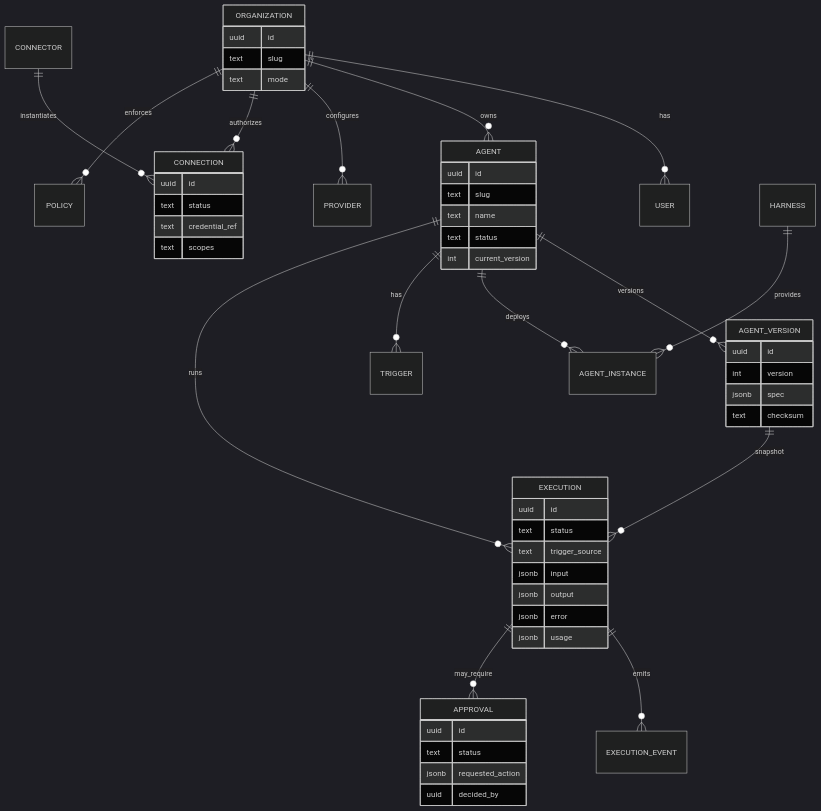
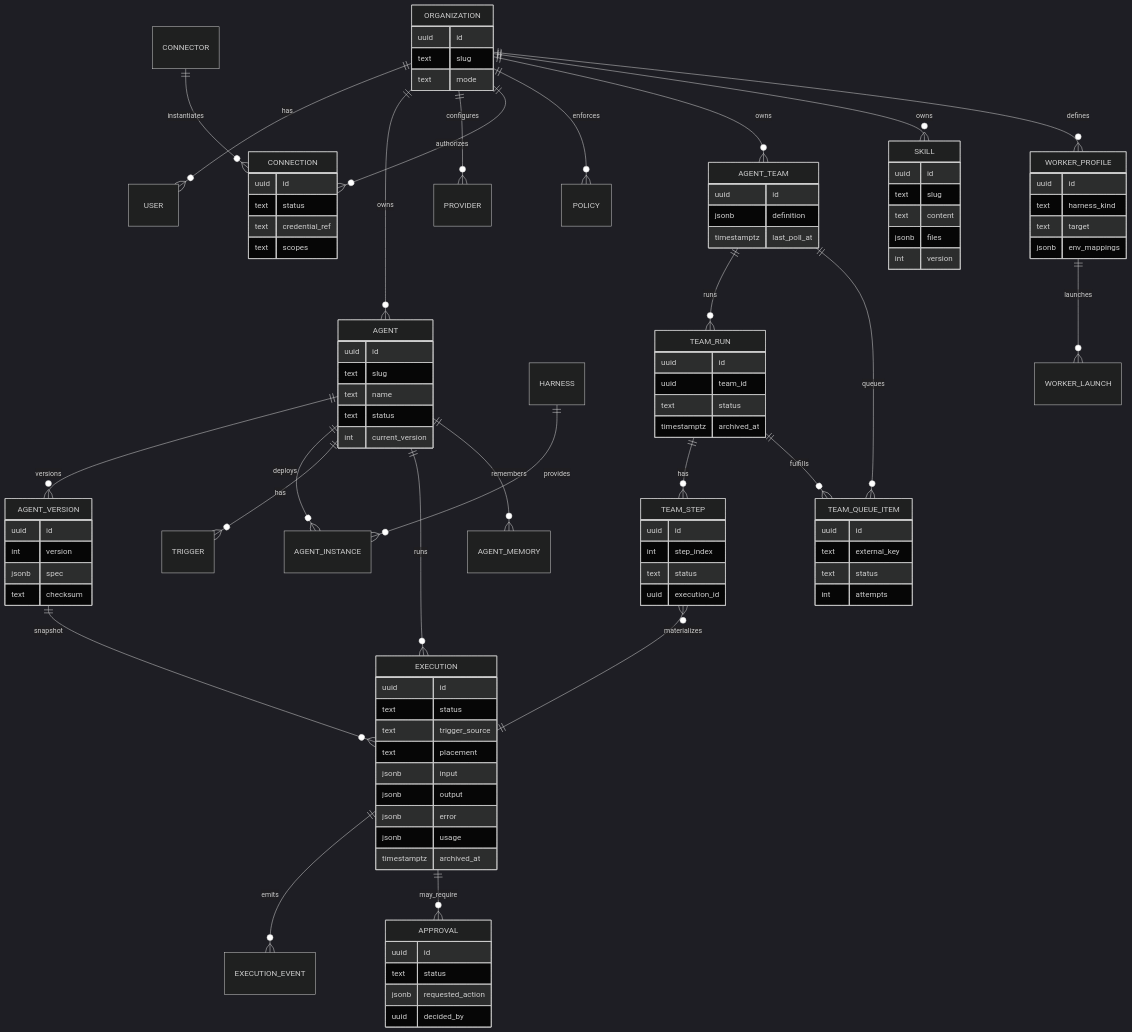
Before and after one commit to mikemikimike/orbit: the fourth of 5 diagrams in docs/architecture/diagram.md, drawn with Mermaid (dark theme). The commit also changed other lines of this file and 19 other files, not shown here.

Commit message:
docs: audit all docs against code; fix chart defaults, OIDC settings wiring, env/route/schema accuracy

````diff
--- a/docs/architecture/diagram.md
+++ b/docs/architecture/diagram.md
@@ -152,6 +152,17 @@
 
   EXECUTION ||--o{ EXECUTION_EVENT : emits
   EXECUTION ||--o{ APPROVAL : may_require
+
+  ORGANIZATION ||--o{ AGENT_TEAM : owns
+  AGENT_TEAM ||--o{ TEAM_RUN : runs
+  TEAM_RUN ||--o{ TEAM_STEP : has
+  AGENT_TEAM ||--o{ TEAM_QUEUE_ITEM : queues
+  TEAM_RUN ||--o{ TEAM_QUEUE_ITEM : fulfills
+  TEAM_STEP }o--|| EXECUTION : materializes
+  ORGANIZATION ||--o{ SKILL : owns
+  ORGANIZATION ||--o{ WORKER_PROFILE : defines
+  WORKER_PROFILE ||--o{ WORKER_LAUNCH : launches
+  AGENT ||--o{ AGENT_MEMORY : remembers
 
   ORGANIZATION {
     uuid id
@@ -175,10 +186,12 @@
     uuid id
     text status
     text trigger_source
+    text placement
     jsonb input
     jsonb output
     jsonb error
     jsonb usage
+    timestamptz archived_at
   }
   APPROVAL {
     uuid id
@@ -192,4 +205,40 @@
     text credential_ref
     text scopes
   }
+  AGENT_TEAM {
+    uuid id
+    jsonb definition
+    timestamptz last_poll_at
+  }
+  TEAM_RUN {
+    uuid id
+    uuid team_id
+    text status
+    timestamptz archived_at
+  }
+  TEAM_STEP {
+    uuid id
+    int step_index
+    text status
+    uuid execution_id
+  }
+  TEAM_QUEUE_ITEM {
+    uuid id
+    text external_key
+    text status
+    int attempts
+  }
+  SKILL {
+    uuid id
+    text slug
+    text content
+    jsonb files
+    int version
+  }
+  WORKER_PROFILE {
+    uuid id
+    text harness_kind
+    text target
+    jsonb env_mappings
+  }
 ```
````
